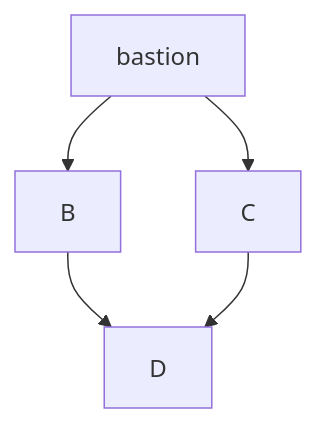
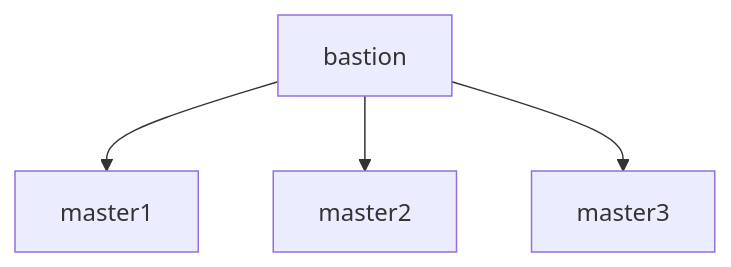
The diagram in README.md (tkops/ocp4), drawn with Mermaid before and after one commit.

````diff
--- a/README.md
+++ b/README.md
@@ -3,7 +3,7 @@
 ```mermaid
 graph TD;
-    A[bastion]-->B;
-    A-->C;
-    B-->D;
-    C-->D;
+    A[bastion]-->B[master1];
+    A-->C[master2];
+    A-->D[master3];
+    
 ```
````
